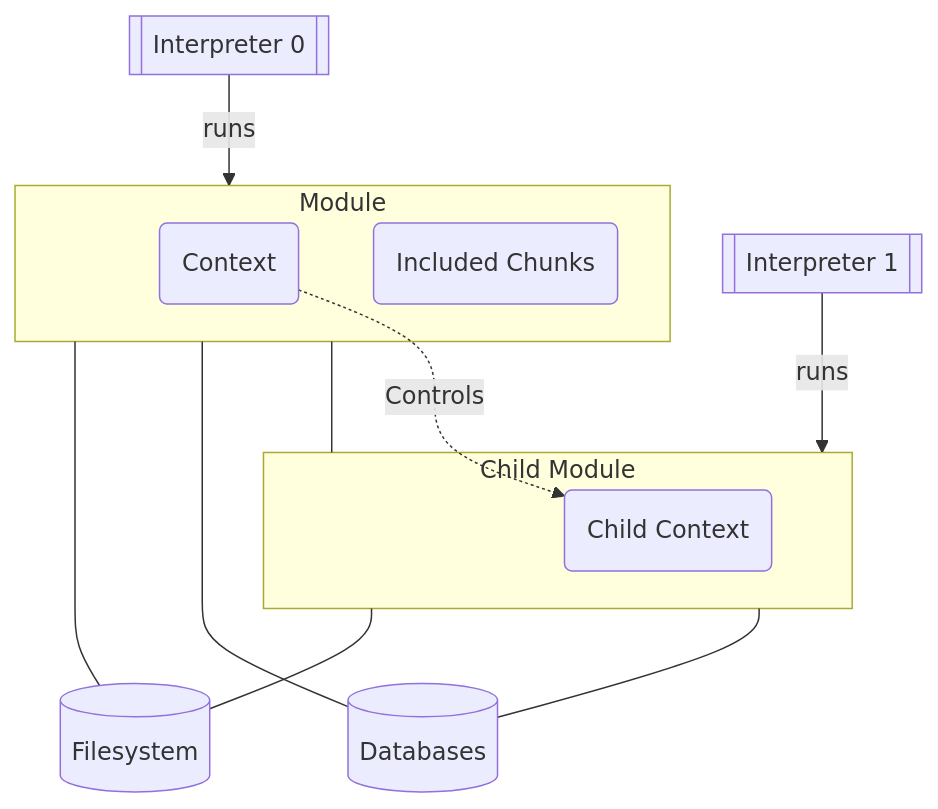
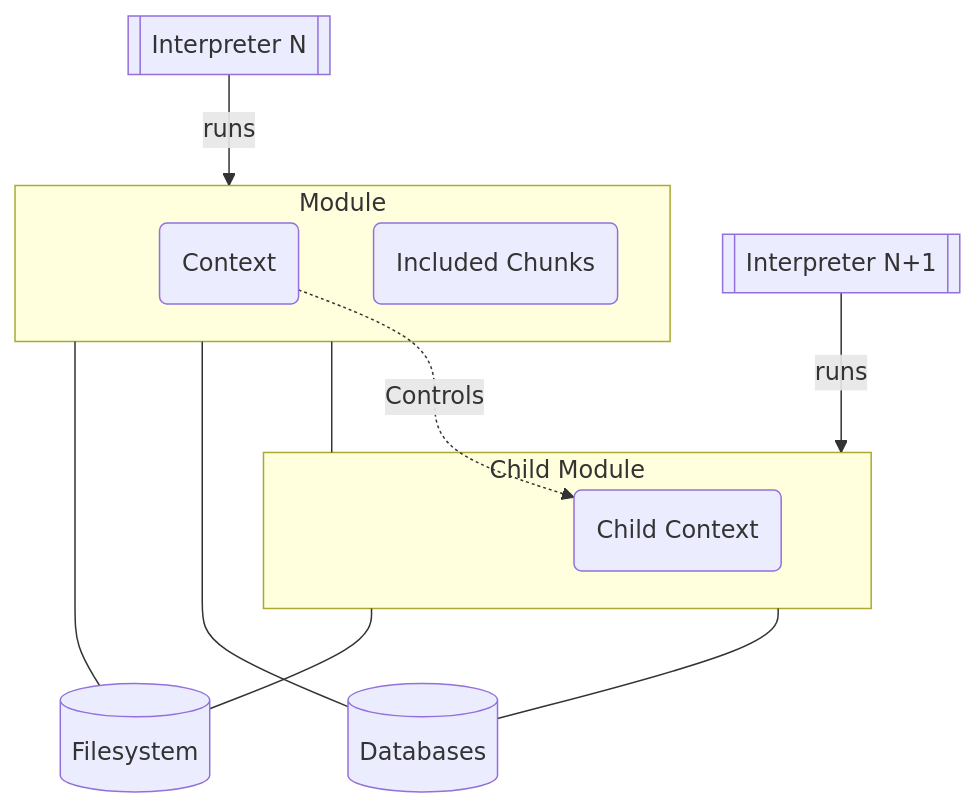
One commit to inoxlang/inox changed the first of 5 diagrams in internal/core/README.md. Above: the diagram before and after it, drawn with Mermaid. The commit also changed other lines of this file, not shown here.

````diff
--- a/internal/core/README.md
+++ b/internal/core/README.md
@@ -50,29 +50,29 @@
 ```mermaid
 graph TD
-    Interpreter0[[Interpreter 0]]
+    Interpreter0[[Interpreter N]]
     Interpreter0 --> |runs| Mod
 
-    Interpreter1[[Interpreter 1]] --> |runs| ChildMod
+    Interpreter1[[Interpreter N+1]] --> |runs| ChildMod
 
 ChildMod(Child Module)
 DBs[(Databases)]
 VFs[(Filesystem)]
 
 subgraph Mod[Module]
   Context(Context)
   IncludesFiles(Included Chunks)
 end
 
 subgraph ChildMod[Child Module]
   ChildContext(Child Context)
 end
 
 
 Mod(Module)
 Mod --- ChildMod; 
 Mod --- DBs
 ChildMod --- DBs
 Mod --- VFs
 ChildMod --- VFs
 Context -.->|Controls| ChildContext
 ```
````
